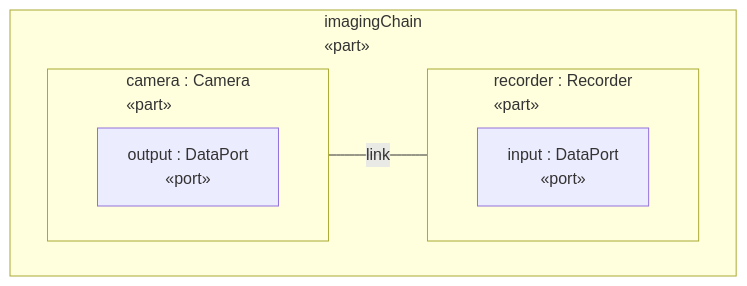
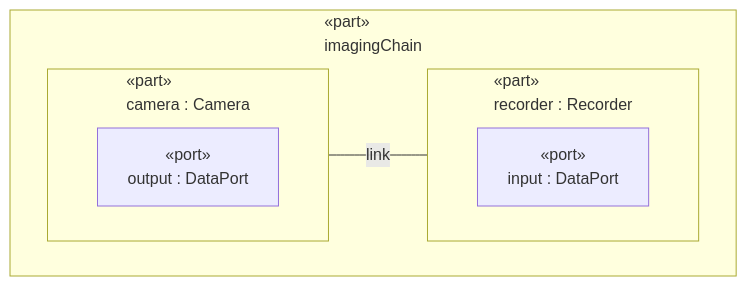
One commit to Open-MBEE/OpenSysML changed the first of 2 diagrams in internal/doc/docrender/testdata/telescope_report.golden.md. Above: the diagram before and after it, drawn with Mermaid. The commit also changed other lines of this file and 80 other files, not shown here.

First line of the commit message:
fix(view): head every node with its kind above the name and centre Mermaid subgraph titles

````diff
--- a/internal/doc/docrender/testdata/telescope_report.golden.md
+++ b/internal/doc/docrender/testdata/telescope_report.golden.md
@@ -83,22 +83,23 @@
 ```mermaid
 ---
 config:
+  themeCSS: ".cluster-label .nodeLabel { text-align: center; }"
   flowchart:
     subGraphTitleMargin:
       bottom: 24
 ---
 %% Observatory::interconnectView — interconnection rendering (render asInterconnectionDiagram)
 flowchart LR
-  subgraph n0 ["imagingChain<br>«part»"]
+  subgraph n0 ["«part»<br>imagingChain"]
     direction LR
-    subgraph n1 ["camera : Camera<br>«part»"]
+    subgraph n1 ["«part»<br>camera : Camera"]
       direction LR
-      n1.0["output : DataPort<br>«port»"]
+      n1.0["«port»<br>output : DataPort"]
     end
-    subgraph n2 ["recorder : Recorder<br>«part»"]
+    subgraph n2 ["«part»<br>recorder : Recorder"]
       direction LR
-      n2.0["input : DataPort<br>«port»"]
+      n2.0["«port»<br>input : DataPort"]
     end
   end
   n1.0 ---|"link"| n2.0
 ```
````
